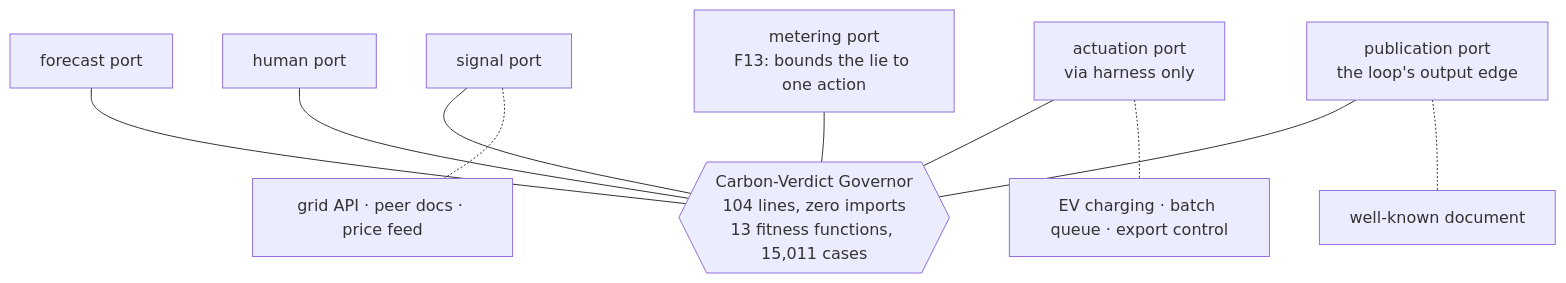
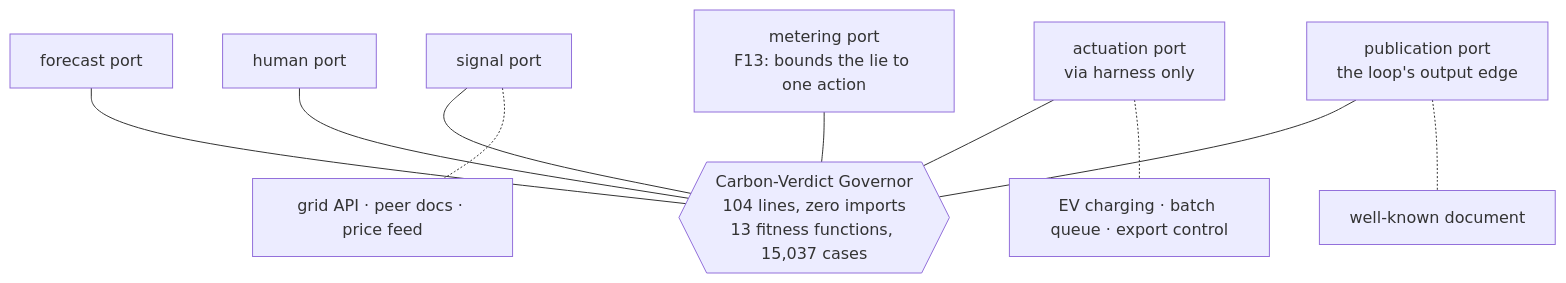
The second of 2 diagrams in docs/EXECUTIVE-CASE.md (andreibesleaga/sustainability-loop-eval), drawn with Mermaid before and after one commit. The commit also changed other lines of this file and 43 other files, not shown here.

````diff
--- a/docs/EXECUTIVE-CASE.md
+++ b/docs/EXECUTIVE-CASE.md
@@ -38,13 +38,13 @@
 ```mermaid
 flowchart TB
-    CORE{{Carbon-Verdict Governor<br/>104 lines, zero imports<br/>13 fitness functions, 15,011 cases}}
+    CORE{{Carbon-Verdict Governor<br/>104 lines, zero imports<br/>13 fitness functions, 15,037 cases}}
     S[signal port] --- CORE
     F[forecast port] --- CORE
     H[human port] --- CORE
     ACT[actuation port<br/>via harness only] --- CORE
     MET[metering port<br/>F13: bounds the lie to one action] --- CORE
     PUB[publication port<br/>the loop's output edge] --- CORE
     S -.- A1[grid API · peer docs · price feed]
     ACT -.- A2[EV charging · batch queue · export control]
     PUB -.- A3[well-known document]
 ```
````
